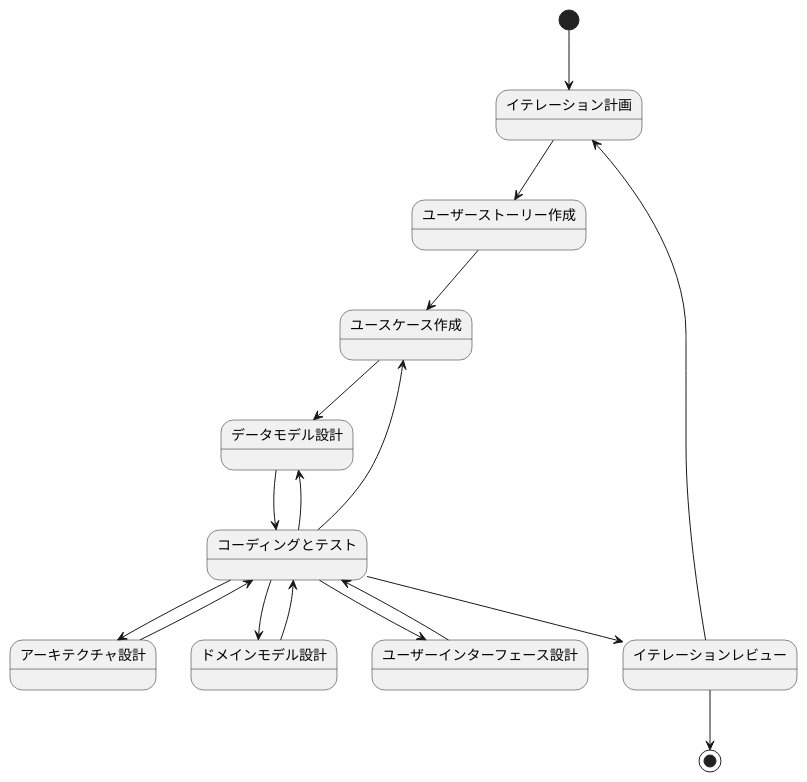
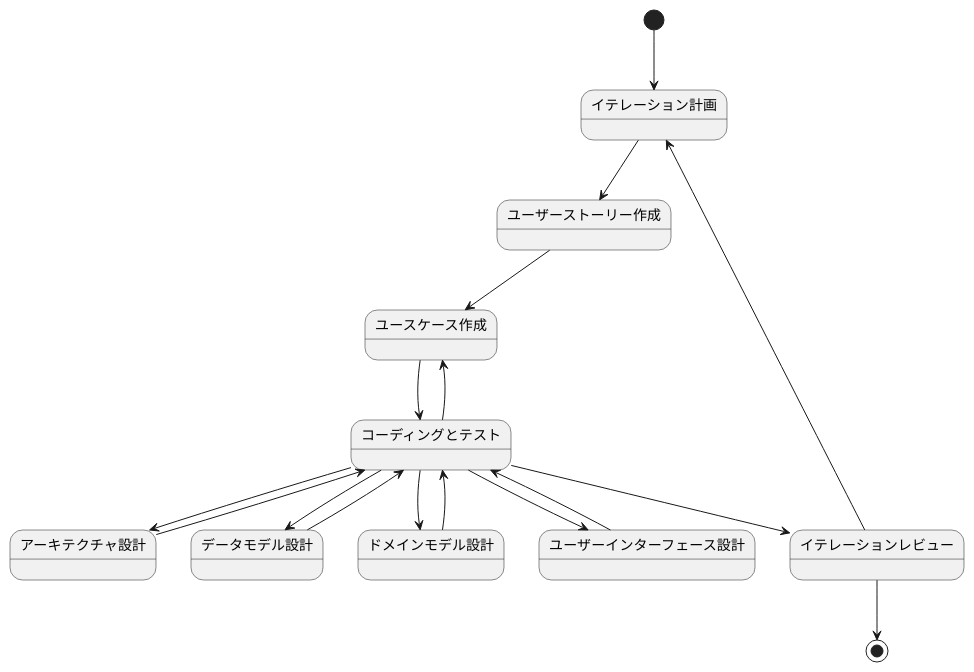
One commit to k2works/ai-programing-exercise changed the seventh of 14 diagrams in docs/reference/開発ガイド.md. Above: the diagram before and after it, drawn with PlantUML. The commit also changed other lines of this file and 22 other files, not shown here.

````diff
--- a/docs/reference/開発ガイド.md
+++ b/docs/reference/開発ガイド.md
@@ -78,22 +345,22 @@
 ```plantuml
 @startuml
 
 [*] --> イテレーション計画
 イテレーション計画 --> ユーザーストーリー作成
 ユーザーストーリー作成 --> ユースケース作成
-ユースケース作成 --> データモデル設計
+ユースケース作成 --> コーディングとテスト
 アーキテクチャ設計 --> コーディングとテスト
 コーディングとテスト --> アーキテクチャ設計
 データモデル設計 --> コーディングとテスト
 コーディングとテスト --> データモデル設計
 ドメインモデル設計 --> コーディングとテスト
 コーディングとテスト --> ドメインモデル設計
 コーディングとテスト --> ユーザーインターフェース設計
 ユーザーインターフェース設計 --> コーディングとテスト
 コーディングとテスト --> ユースケース作成
 コーディングとテスト --> イテレーションレビュー
 イテレーションレビュー --> イテレーション計画
 イテレーションレビュー --> [*]
 
 @enduml
 ```
````
